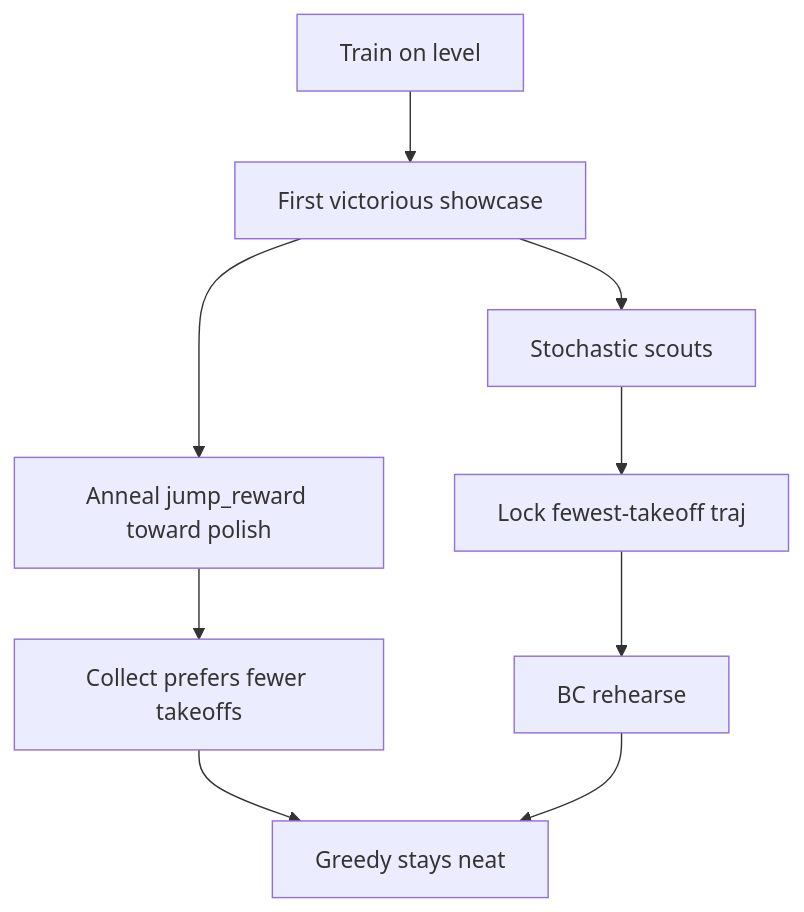
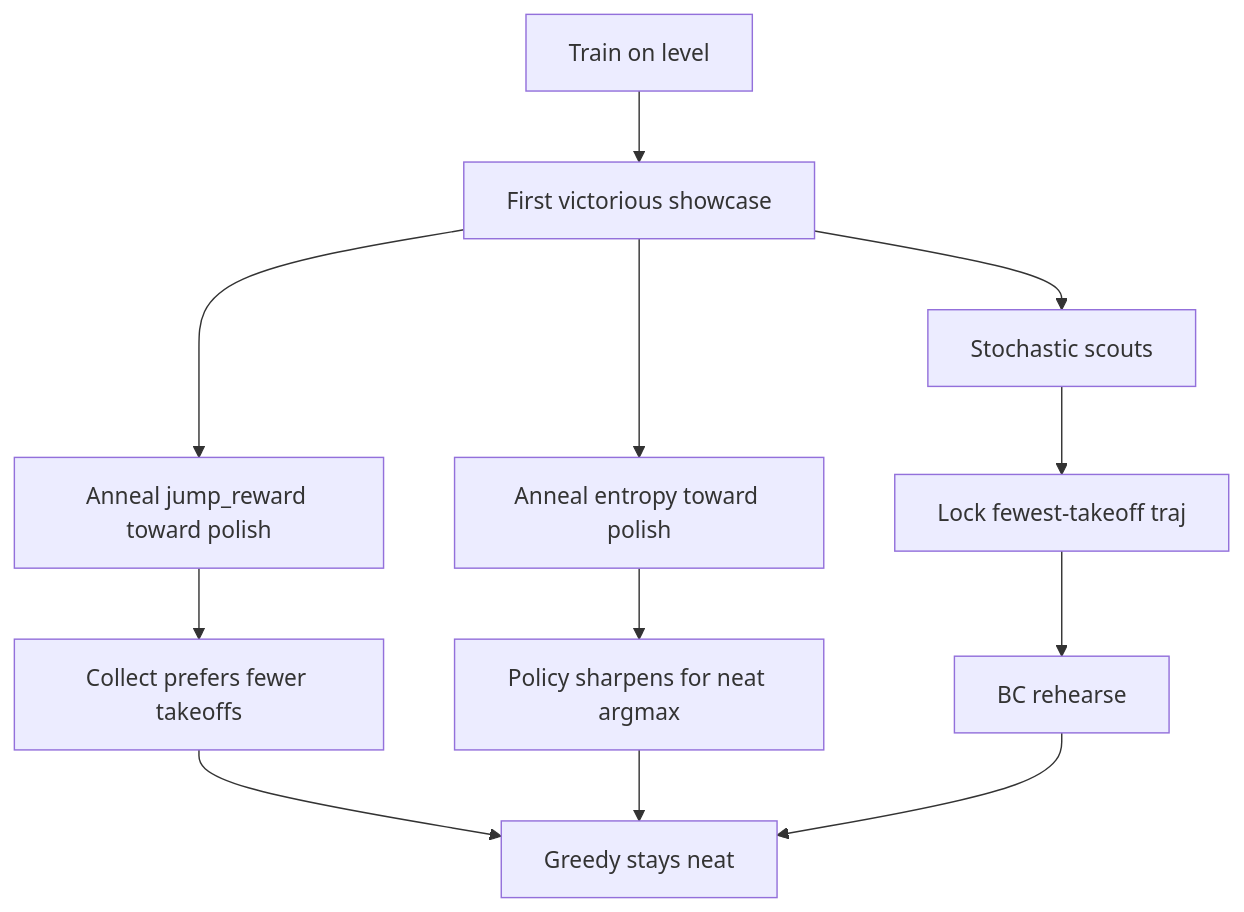
Before and after one commit to dante-ferr/ai-delver: the diagram in docs/src/intelligence/neatness.md, drawn with Mermaid. The commit also changed other lines of this file and 71 other files, not shown here.

````diff
--- a/docs/src/intelligence/neatness.md
+++ b/docs/src/intelligence/neatness.md
@@ -34,11 +44,14 @@
 ```mermaid
 flowchart TD
   train["Train on level"] --> firstWin["First victorious showcase"]
-  firstWin --> anneal["Anneal jump_reward toward polish"]
+  firstWin --> annealJ["Anneal jump_reward toward polish"]
+  firstWin --> annealE["Anneal entropy toward polish"]
   firstWin --> scout["Stochastic scouts"]
   scout --> lock["Lock fewest-takeoff traj"]
-  anneal --> ppo["Collect prefers fewer takeoffs"]
+  annealJ --> ppo["Collect prefers fewer takeoffs"]
+  annealE --> sharp["Policy sharpens for neat argmax"]
   lock --> bc["BC rehearse"]
   ppo --> sticky["Greedy stays neat"]
+  sharp --> sticky
   bc --> sticky
 ```
````
